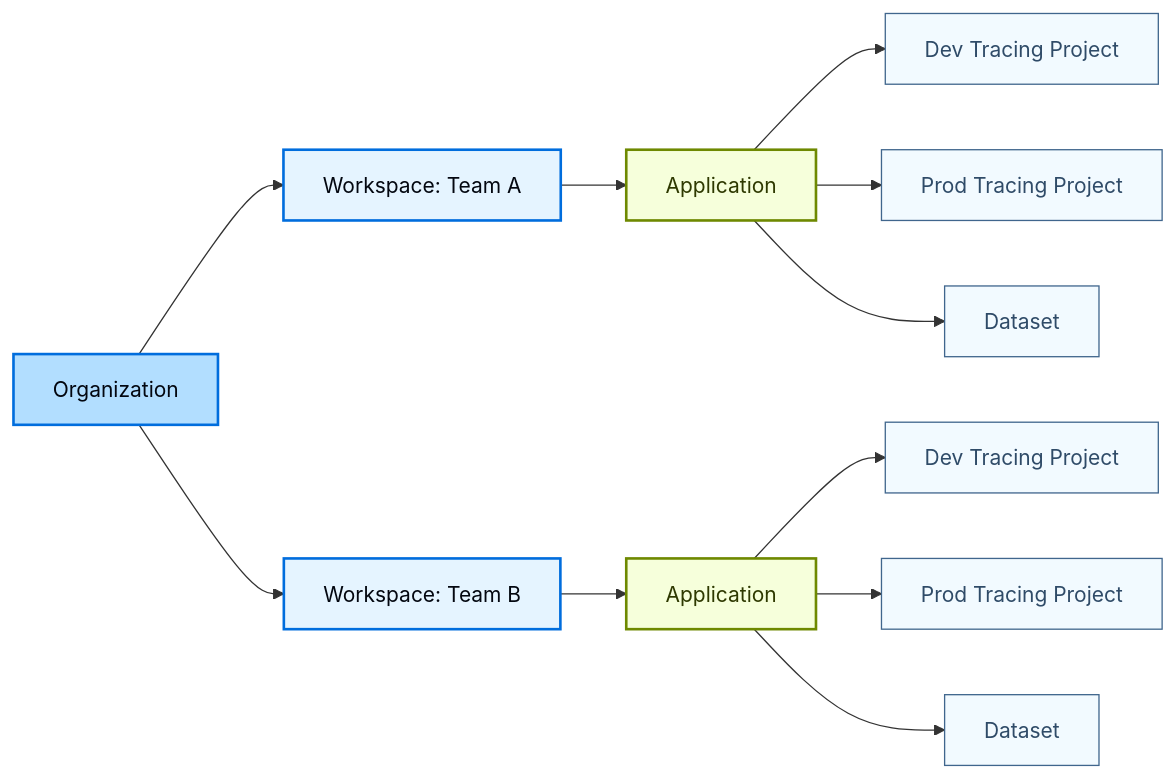
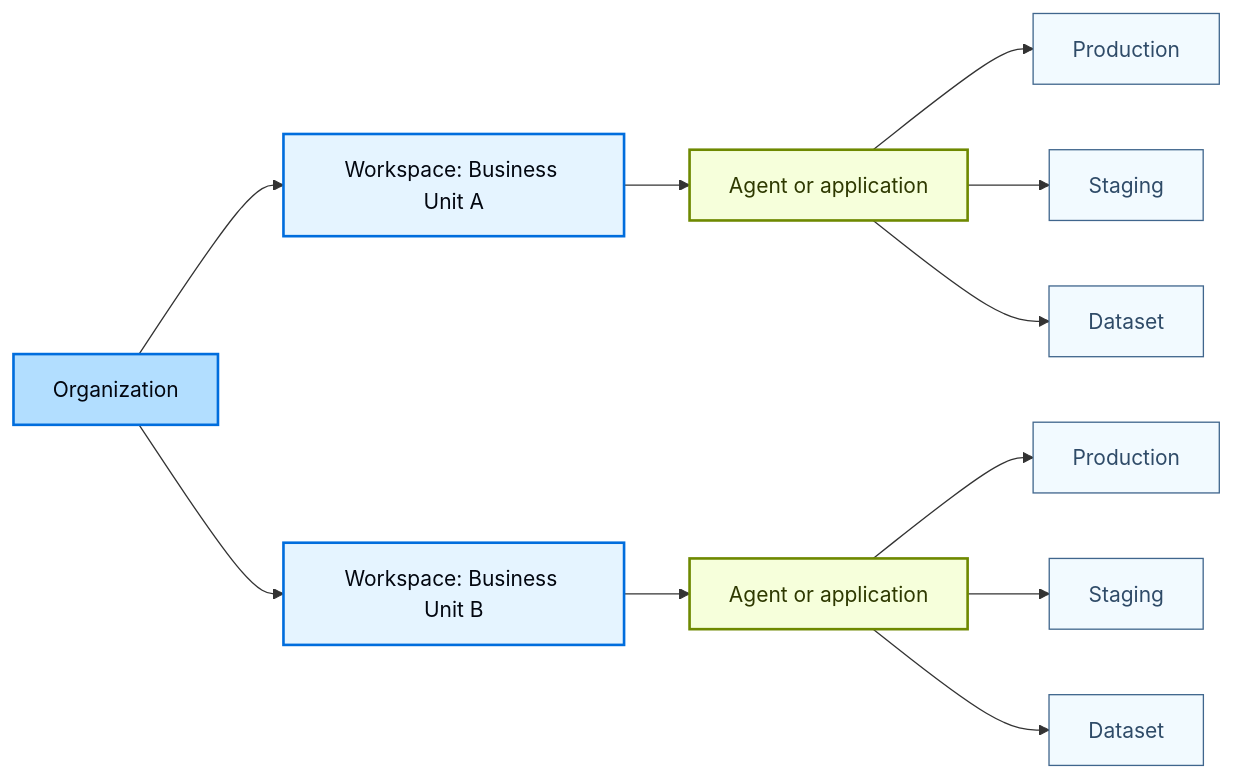
The first of 2 diagrams in build/langsmith/workload-isolation.mdx (vitaly-z/langchain-ai-docs), drawn with Mermaid before and after one commit. The commit also changed other lines of this file and 4176 other files, not shown here.

````diff
--- a/build/langsmith/workload-isolation.mdx
+++ b/build/langsmith/workload-isolation.mdx
@@ -28,42 +41,42 @@
 ```mermaid actions={false}
 graph LR
     Org[Organization]
 
-    WS1[Workspace: Team A]
-    WS2[Workspace: Team B]
+    WS1[Workspace: Business Unit A]
+    WS2[Workspace: Business Unit B]
 
-    App1A[Application]
-    App1B[Application]
+    AgentA[Agent or application]
+    AgentB[Agent or application]
 
-    DevA[Dev Tracing Project]
-    ProdA[Prod Tracing Project]
+    ProdA[Production]
+    StagingA[Staging]
     DatasetA[Dataset]
 
-    DevB[Dev Tracing Project]
-    ProdB[Prod Tracing Project]
+    ProdB[Production]
+    StagingB[Staging]
     DatasetB[Dataset]
 
     Org --> WS1
     Org --> WS2
 
-    WS1 --> App1A
-    WS2 --> App1B
+    WS1 --> AgentA
+    WS2 --> AgentB
 
-    App1A --> DevA
-    App1A --> ProdA
-    App1A --> DatasetA
+    AgentA --> ProdA
+    AgentA --> StagingA
+    AgentA --> DatasetA
 
-    App1B --> DevB
-    App1B --> ProdB
-    App1B --> DatasetB
+    AgentB --> ProdB
+    AgentB --> StagingB
+    AgentB --> DatasetB
 
     classDef orgStyle fill:#B2DEFF,stroke:#006DDD,stroke-width:2px,color:#030710
     classDef wsStyle fill:#E5F4FF,stroke:#006DDD,stroke-width:2px,color:#030710
     classDef appStyle fill:#F6FFDB,stroke:#6E8900,stroke-width:2px,color:#2E3900
     classDef resourceStyle fill:#F2FAFF,stroke:#40668D,stroke-width:1px,color:#2F4B68
 
     class Org orgStyle
     class WS1,WS2 wsStyle
-    class App1A,App1B appStyle
-    class DevA,ProdA,DatasetA,DevB,ProdB,DatasetB resourceStyle
+    class AgentA,AgentB appStyle
+    class ProdA,StagingA,DatasetA,ProdB,StagingB,DatasetB resourceStyle
 ```
````
